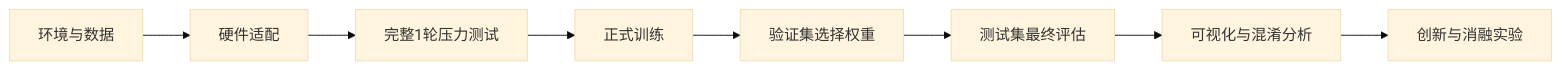
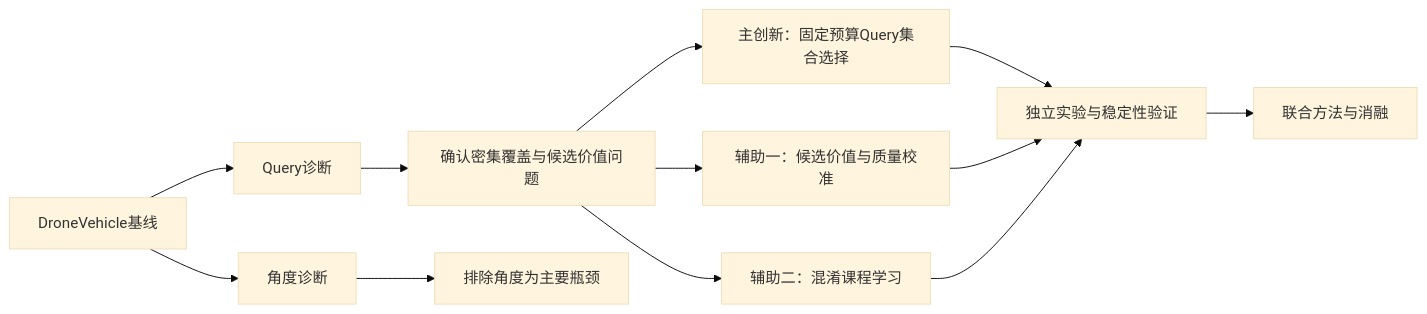
The diagram in README.md (Jirehyile/O2-RT-DETR), drawn with Mermaid (base theme) before and after one commit. The commit also changed other lines of this file, not shown here.

````diff
--- a/README.md
+++ b/README.md
@@ -31,10 +40,14 @@
 ```mermaid
 flowchart LR
-    A[环境与数据] --> B[硬件适配]
-    B --> C[完整1轮压力测试]
-    C --> D[正式训练]
-    D --> E[验证集选择权重]
-    E --> F[测试集最终评估]
-    F --> G[可视化与混淆分析]
-    G --> H[创新与消融实验]
+    A[DroneVehicle基线] --> B[Query诊断]
+    A --> C[角度诊断]
+    B --> D[确认密集覆盖与候选价值问题]
+    C --> E[排除角度为主要瓶颈]
+    D --> F[主创新：固定预算Query集合选择]
+    D --> G[辅助一：候选价值与质量校准]
+    D --> H[辅助二：混淆课程学习]
+    F --> I[独立实验与稳定性验证]
+    G --> I
+    H --> I
+    I --> J[联合方法与消融]
 ```
````
